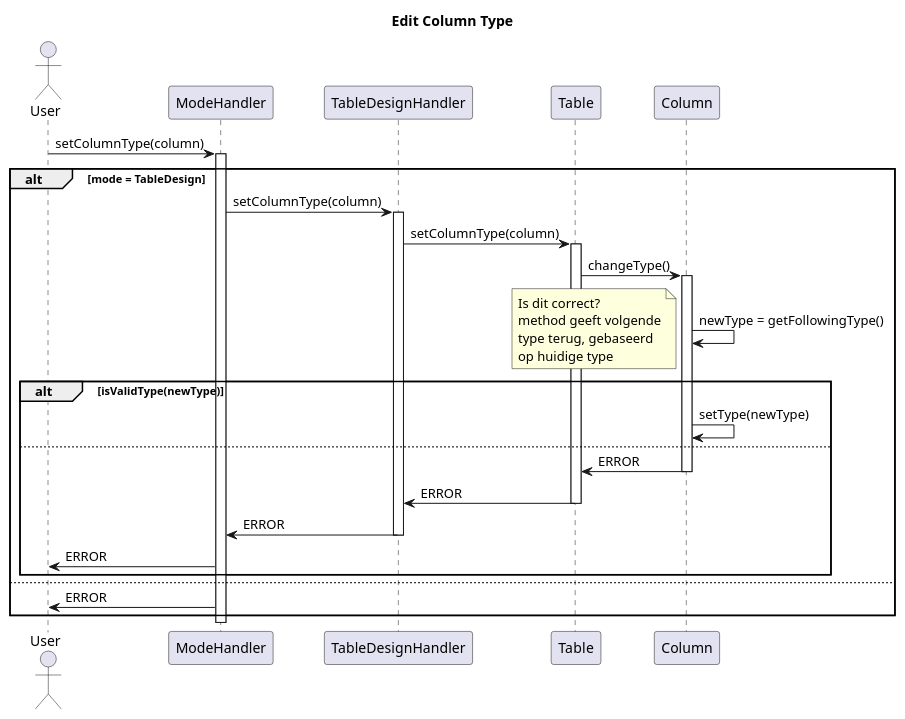
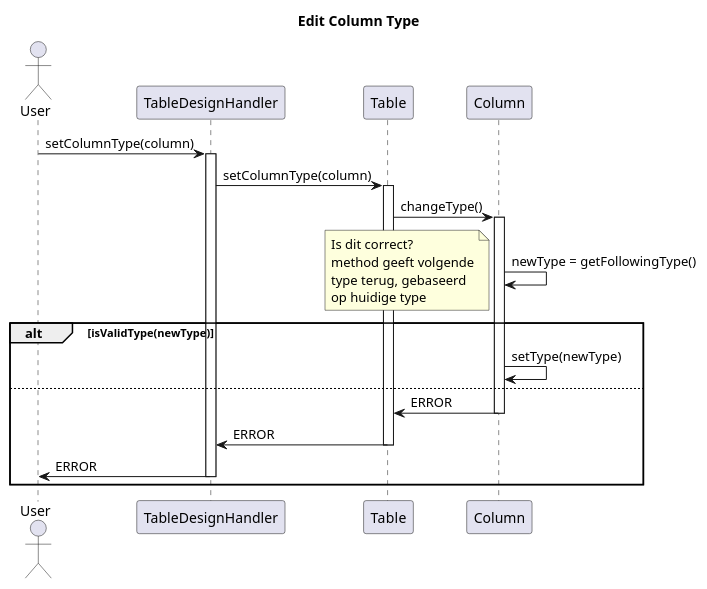
Before and after one commit to Bhamoss/softwareOntwerpProject: the diagram in diagrams/interactionDiagrams/editColumnType.puml, drawn with PlantUML. The commit also changed 12 other files, not shown here.

Commit message:
interactie diagrammen aangepasdt

```diff
--- a/diagrams/interactionDiagrams/editColumnType.puml
+++ b/diagrams/interactionDiagrams/editColumnType.puml
@@ -1,44 +1,35 @@
 @startuml
 title Edit Column Type
 Actor User
 
 
-User -> ModeHandler: setColumnType(column)
-activate ModeHandler
-alt mode = TableDesign
-    ModeHandler -> TableDesignHandler: setColumnType(column)
-    activate TableDesignHandler
-    TableDesignHandler -> Table: setColumnType(column)
-    activate Table
-    Table -> Column: changeType()
-    activate Column
-    Column -> Column: newType = getFollowingType()
-    note left
-        Is dit correct?
-        method geeft volgende
-        type terug, gebaseerd
-        op huidige type
-    end note
-    alt isValidType(newType)
-        Column -> Column: setType(newType)
-    else
-        Column -> Table: ERROR
-        deactivate Column
-        Table -> TableDesignHandler: ERROR
-        deactivate Table
-        TableDesignHandler -> ModeHandler: ERROR
-        deactivate TableDesignHandler
-        ModeHandler -> User: ERROR
-    end
 
-
+User -> TableDesignHandler: setColumnType(column)
+activate TableDesignHandler
+TableDesignHandler -> Table: setColumnType(column)
+activate Table
+Table -> Column: changeType()
+activate Column
+Column -> Column: newType = getFollowingType()
+note left
+    Is dit correct?
+    method geeft volgende
+    type terug, gebaseerd
+    op huidige type
+end note
+alt isValidType(newType)
+    Column -> Column: setType(newType)
 else
-    ModeHandler -> User: ERROR
+    Column -> Table: ERROR
+    deactivate Column
+    Table -> TableDesignHandler: ERROR
+    deactivate Table
+    TableDesignHandler -> User: ERROR
+    deactivate TableDesignHandler
 end
-deactivate ModeHandler
 
 
 
 
 
 @enduml
```
